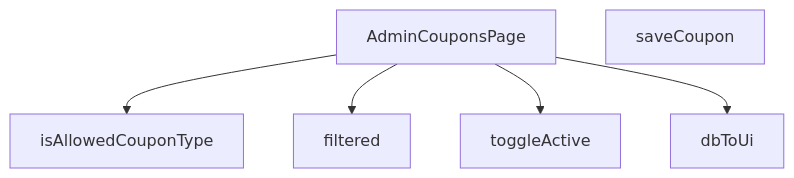
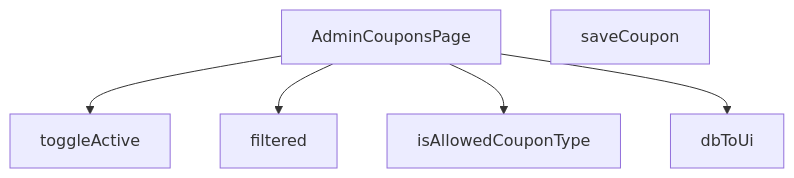
Before and after one commit to peckop/venthub-hvac-esite: the diagram in src/views/admin/AdminCouponsPage.md, drawn with Mermaid. The commit also changed other lines of this file and 488 other files, not shown here.

````diff
--- a/src/views/admin/AdminCouponsPage.md
+++ b/src/views/admin/AdminCouponsPage.md
@@ -242,13 +242,13 @@
 ```mermaid
 graph TD
     AdminCouponsPage_tsx__AdminCouponsPage["AdminCouponsPage"]
     AdminCouponsPage_tsx__dbToUi["dbToUi"]
     AdminCouponsPage_tsx__filtered["filtered"]
     AdminCouponsPage_tsx__isAllowedCouponType["isAllowedCouponType"]
     AdminCouponsPage_tsx__saveCoupon["saveCoupon"]
     AdminCouponsPage_tsx__toggleActive["toggleActive"]
+    AdminCouponsPage_tsx__AdminCouponsPage --> AdminCouponsPage_tsx__toggleActive
+    AdminCouponsPage_tsx__AdminCouponsPage --> AdminCouponsPage_tsx__filtered
     AdminCouponsPage_tsx__AdminCouponsPage --> AdminCouponsPage_tsx__isAllowedCouponType
-    AdminCouponsPage_tsx__AdminCouponsPage --> AdminCouponsPage_tsx__filtered
-    AdminCouponsPage_tsx__AdminCouponsPage --> AdminCouponsPage_tsx__toggleActive
     AdminCouponsPage_tsx__AdminCouponsPage --> AdminCouponsPage_tsx__dbToUi
 ```
````
